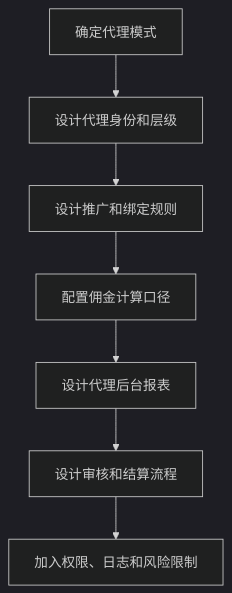
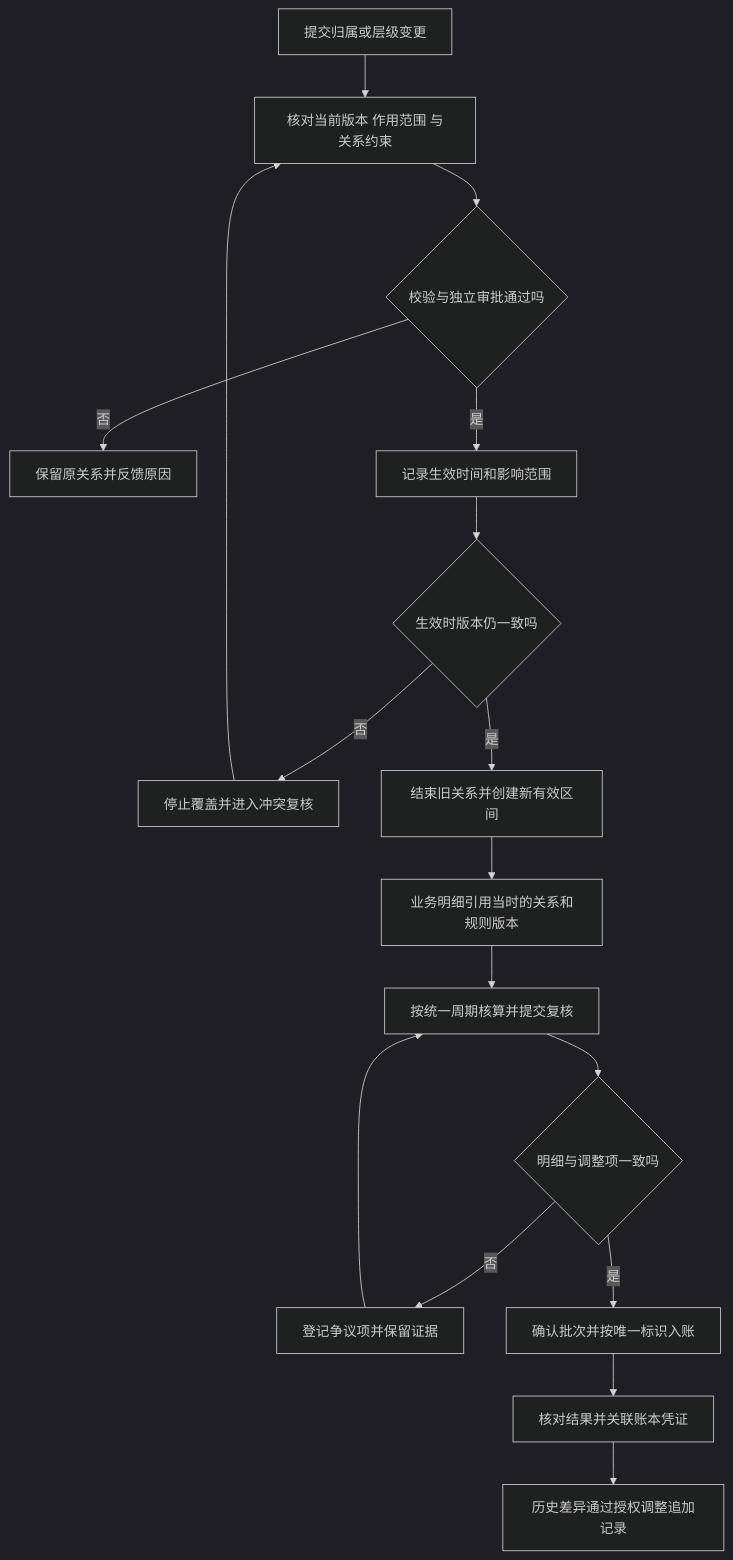
Before and after one commit to micjordan9527/game: the diagram in content/articles/agent-system-design.md, drawn with Mermaid (dark theme). The commit also changed other lines of this file and 11 other files, not shown here.

````diff
--- a/content/articles/agent-system-design.md
+++ b/content/articles/agent-system-design.md
@@ -56,9 +81,19 @@
 ```mermaid
 flowchart TD
-  A[确定代理模式] --> B[设计代理身份和层级]
-  B --> C[设计推广和绑定规则]
-  C --> D[配置佣金计算口径]
-  D --> E[设计代理后台报表]
-  E --> F[设计审核和结算流程]
-  F --> G[加入权限、日志和风险限制]
+  A[提交归属或层级变更] --> B[核对当前版本 作用范围 与关系约束]
+  B --> C{校验与独立审批通过吗}
+  C -->|否| D[保留原关系并反馈原因]
+  C -->|是| E[记录生效时间和影响范围]
+  E --> F{生效时版本仍一致吗}
+  F -->|否| G[停止覆盖并进入冲突复核]
+  G --> B
+  F -->|是| H[结束旧关系并创建新有效区间]
+  H --> I[业务明细引用当时的关系和规则版本]
+  I --> J[按统一周期核算并提交复核]
+  J --> K{明细与调整项一致吗}
+  K -->|否| L[登记争议项并保留证据]
+  L --> J
+  K -->|是| M[确认批次并按唯一标识入账]
+  M --> N[核对结果并关联账本凭证]
+  N --> O[历史差异通过授权调整追加记录]
 ```
````
